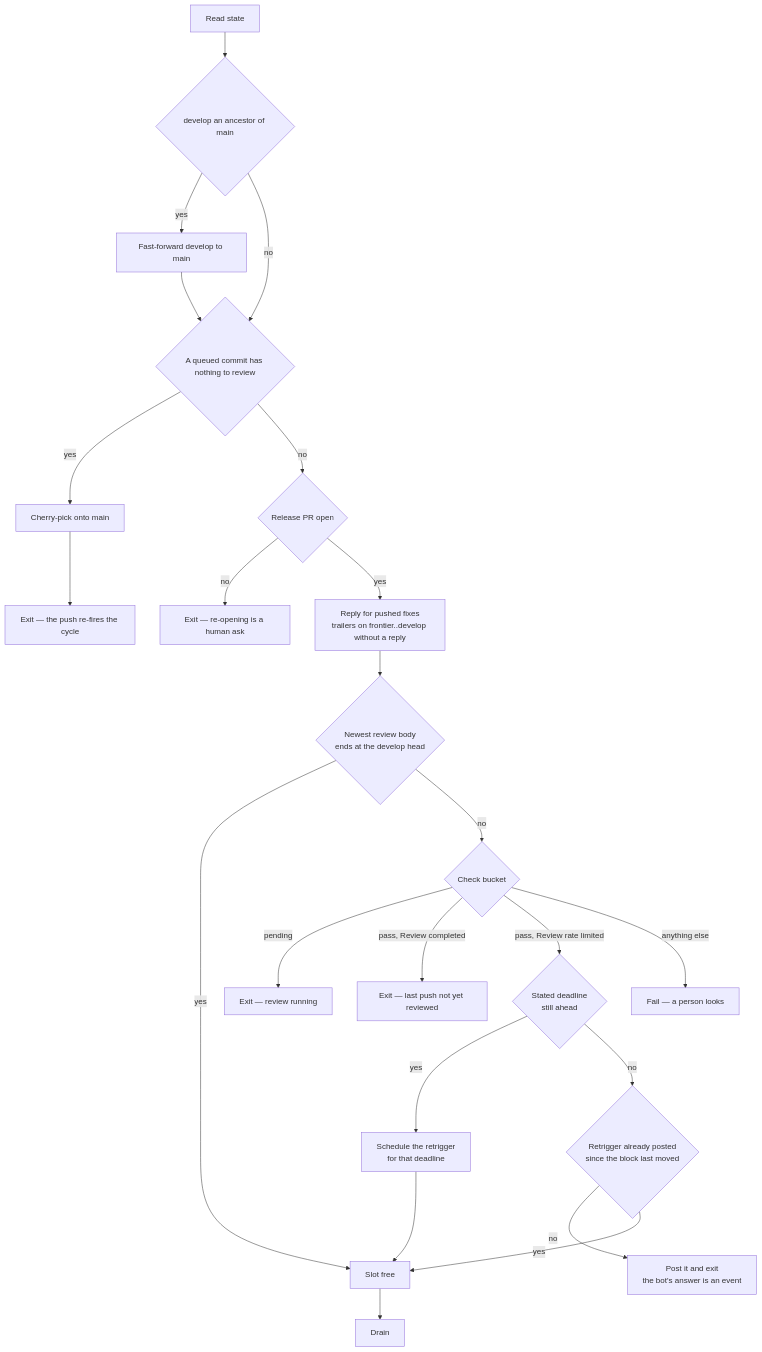
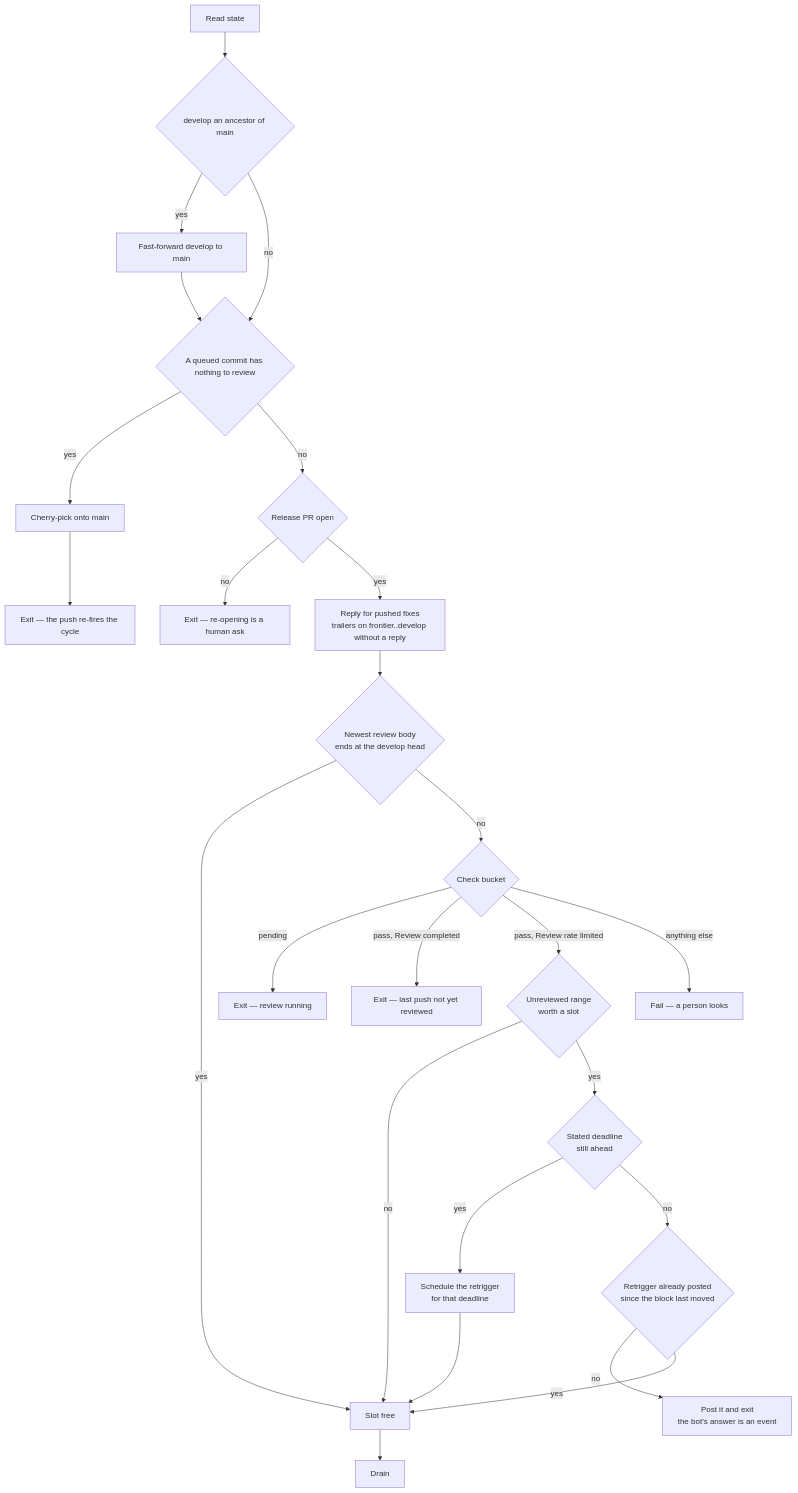
Before and after one commit to Esposter/Esposter: the first of 2 diagrams in apps/web/content/docs/infra/review-collector/collection-cycle.md, drawn with Mermaid. The commit also changed other lines of this file and 6 other files, not shown here.

````diff
--- a/apps/web/content/docs/infra/review-collector/collection-cycle.md
+++ b/apps/web/content/docs/infra/review-collector/collection-cycle.md
@@ -39,24 +39,26 @@
 ```mermaid
 flowchart TD
   S[Read state] --> RS{develop an ancestor of main}
   RS -->|yes| FF[Fast-forward develop to main]
   RS -->|no| EL
   FF --> EL{A queued commit has nothing to review}
   EL -->|yes| CP[Cherry-pick onto main] --> X3[Exit — the push re-fires the cycle]
   EL -->|no| PR{Release PR open}
   PR -->|no| X0[Exit — re-opening is a human ask]
   PR -->|yes| RP[Reply for pushed fixes<br/>trailers on frontier..develop without a reply]
   RP --> B{Newest review body<br/>ends at the develop head}
   B -->|yes| OK[Slot free]
   B -->|no| ST{Check bucket}
   ST -->|pending| X1[Exit — review running]
   ST -->|pass, Review completed| X2[Exit — last push not yet reviewed]
-  ST -->|pass, Review rate limited| DL{Stated deadline<br/>still ahead}
+  ST -->|pass, Review rate limited| WS{Unreviewed range<br/>worth a slot}
+  WS -->|no| OK
+  WS -->|yes| DL{Stated deadline<br/>still ahead}
   DL -->|yes| SR[Schedule the retrigger<br/>for that deadline]
   SR --> OK
   DL -->|no| AK{Retrigger already posted<br/>since the block last moved}
   AK -->|no| PB[Post it and exit<br/>the bot's answer is an event]
   AK -->|yes| OK
   ST -->|anything else| X4[Fail — a person looks]
   OK --> D[Drain]
 ```
````
